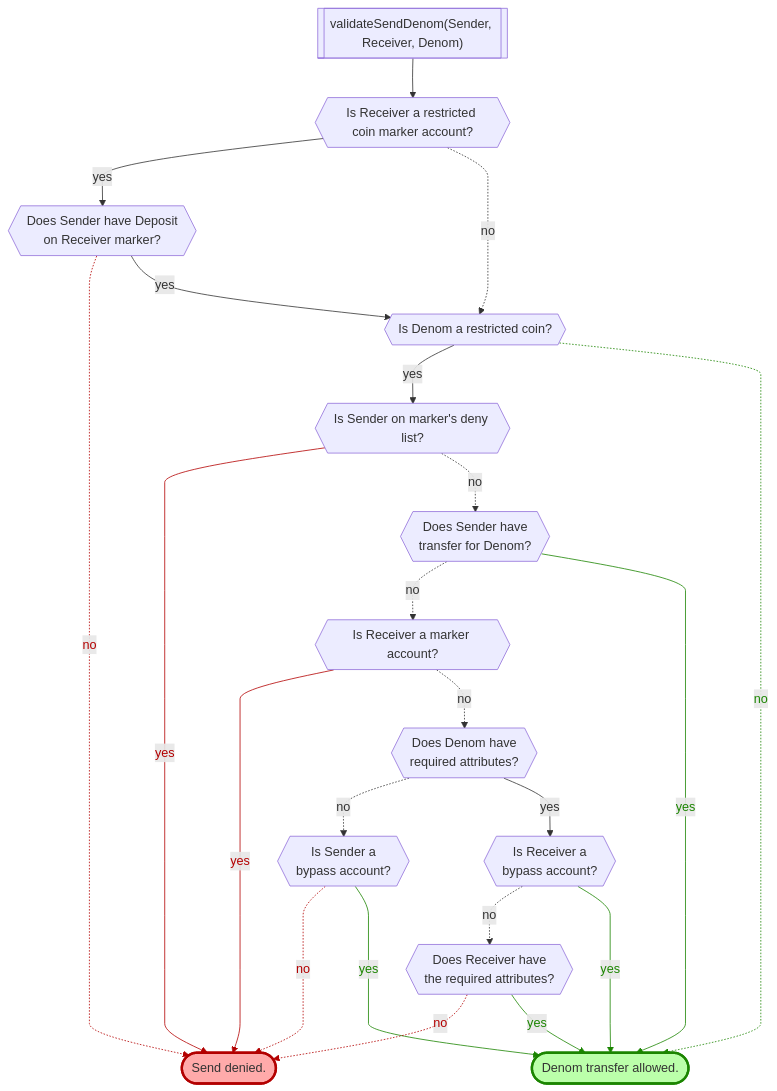
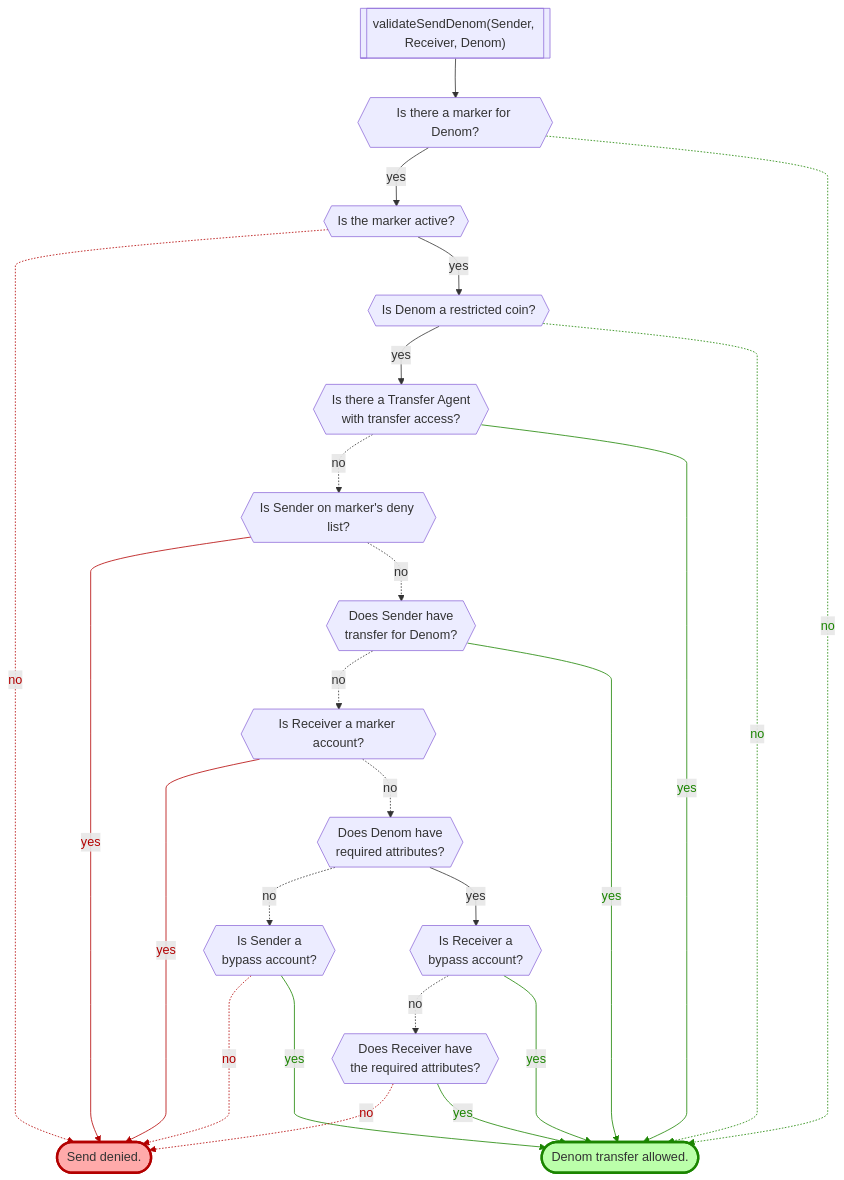
Before and after one commit to provenance-io/provenance: the fourth of 8 diagrams in x/marker/spec/12_transfers.md, drawn with Mermaid. The commit also changed other lines of this file and 37 other files, not shown here.

First line of the commit message:
Allow transfer agents to do exchange settlements with restricted coins. (#1835)

````diff
--- a/x/marker/spec/12_transfers.md
+++ b/x/marker/spec/12_transfers.md
@@ -125,43 +212,46 @@
 ```mermaid
 %%{ init: { 'flowchart': { 'curve': 'monotoneY'} } }%%
 flowchart TD
     start[["validateSendDenom(Sender, Receiver, Denom)"]]
-    qisrdep{{"Is Receiver a restricted coin marker account?"}}
-    qhasdep{{"Does Sender have Deposit\non Receiver marker?"}}
+    isdm{{"Is there a marker for Denom?"}}
+    isma{{"Is the marker active?"}}
     qisrc{{"Is Denom a restricted coin?"}}
+    ista{{"Is there a Transfer Agent\nwith transfer access?"}}
     qisdeny{{"Is Sender on marker's deny list?"}}
     qhastrans{{"Does Sender have\ntransfer for Denom?"}}
     qisdep{{"Is Receiver a marker account?"}}
     qmhasattr{{"Does Denom have\nrequired attributes?"}}
     qissbp{{"Is Sender a\nbypass account?"}}
     qisrbp{{"Is Receiver a\nbypass account?"}}
     qrhasattr{{"Does Receiver have\nthe required attributes?"}}
     ok(["Denom transfer allowed."])
     style ok fill:#bbffaa,stroke:#1b8500,stroke-width:3px
     denied(["Send denied."])
     style denied fill:#ffaaaa,stroke:#b30000,stroke-width:3px
-    start --> qisrdep
-    qisrdep -->|yes| qhasdep
-    qisrdep -.->|no| qisrc
-    qhasdep -.->|no| denied
-    qhasdep -->|yes| qisrc
-    qisrc -->|yes| qisdeny
+    start --> isdm
+    isdm -->|yes| isma
+    isdm -.->|no| ok
+    isma -.->|no| denied
+    isma -->|yes| qisrc
+    qisrc -->|yes| ista
     qisrc -.->|no| ok
+    ista -.->|no| qisdeny
+    ista -->|yes| ok
     qisdeny -->|yes| denied
     qisdeny -.->|no| qhastrans
     qhastrans -.->|no| qisdep
     qhastrans -->|yes| ok
     qisdep -->|yes| denied
     qisdep -.->|no| qmhasattr
     qmhasattr -.->|no| qissbp
     qmhasattr -->|yes| qisrbp
     qissbp -..->|no| denied
     qissbp --->|yes| ok
     qisrbp -.->|no| qrhasattr
     qisrbp -->|yes| ok
     qrhasattr -.->|no| denied
     qrhasattr -->|yes| ok
 
-    linkStyle 3,7,11,15,19 stroke:#b30000,color:#b30000
-    linkStyle 6,10,16,18,20 stroke:#1b8500,color:#1b8500
+    linkStyle 3,9,13,17,21 stroke:#b30000,color:#b30000
+    linkStyle 2,6,8,12,18,20,22 stroke:#1b8500,color:#1b8500
 ```
````
